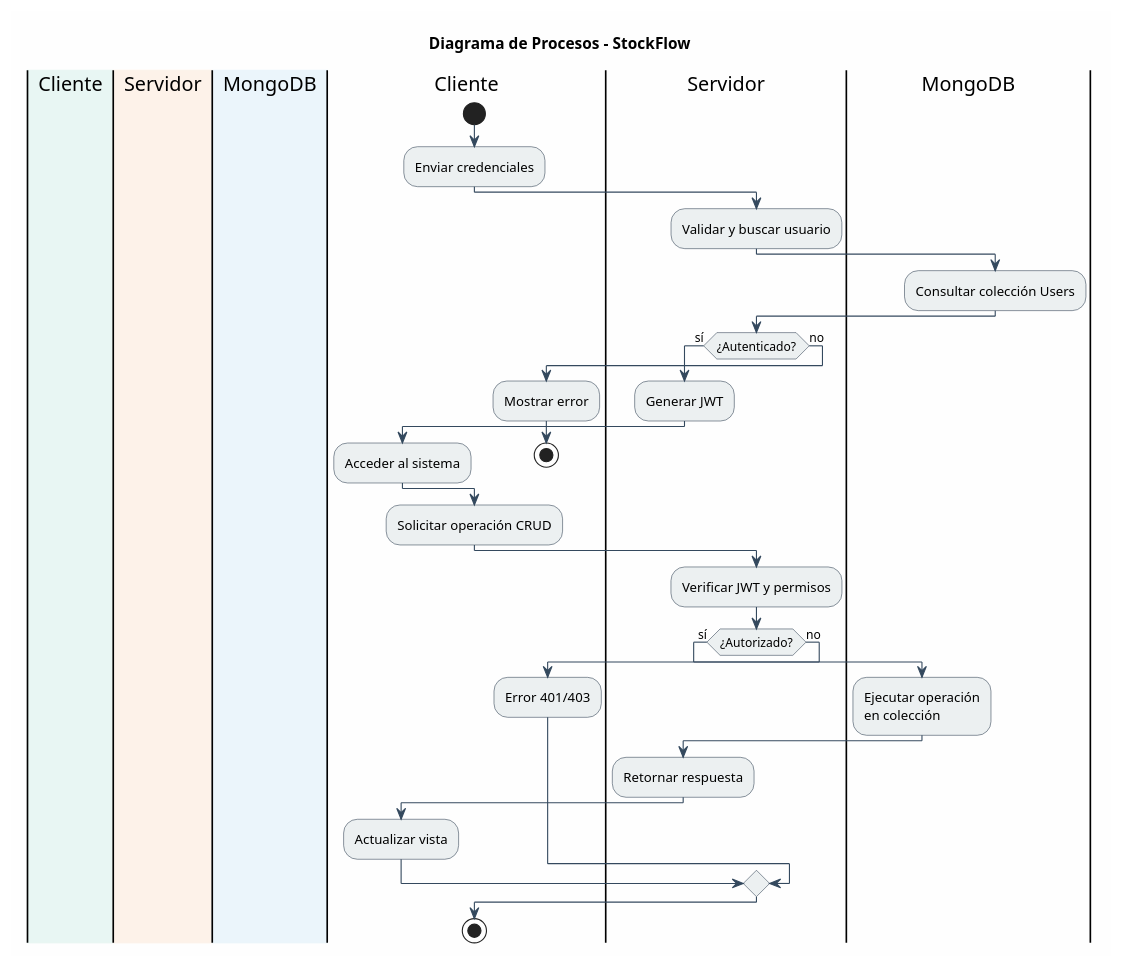
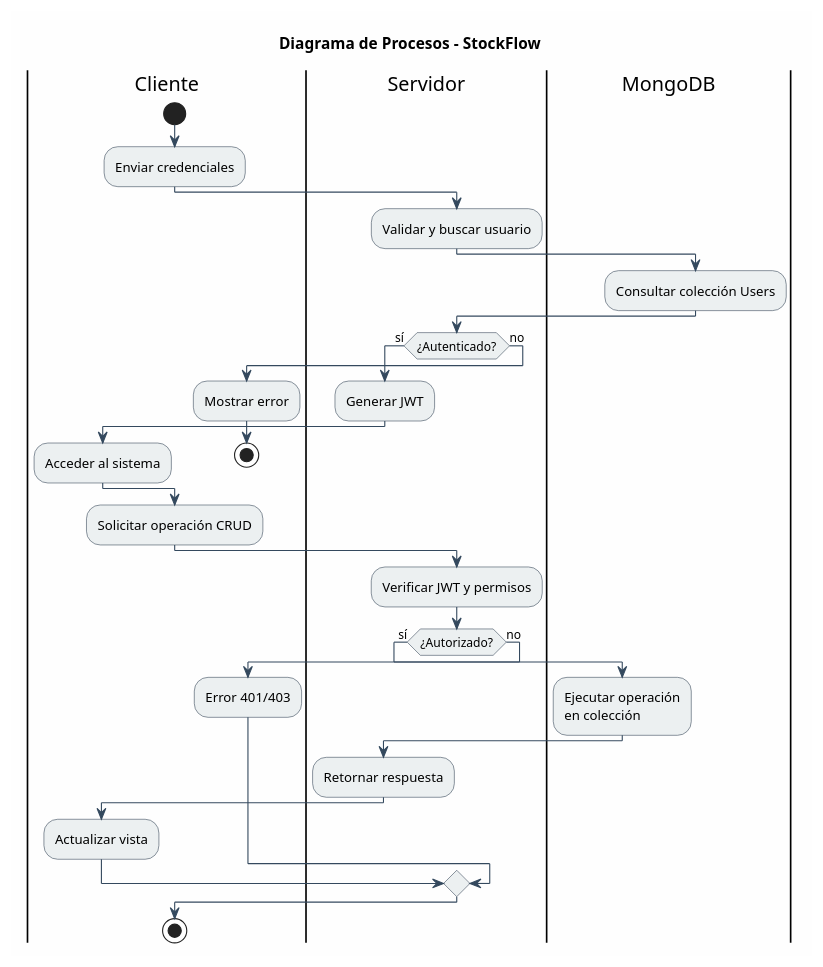
The diagram in docs/diagramas/procesos.puml (JohannCaizaguano/Recuperacion), drawn with PlantUML before and after one commit. The commit also changed 9 other files, not shown here.

```diff
--- a/docs/diagramas/procesos.puml
+++ b/docs/diagramas/procesos.puml
@@ -1,63 +1,60 @@
 @startuml Diagrama de Procesos - StockFlow
 
 skinparam backgroundColor #FEFEFE
 skinparam activityBackgroundColor #ECF0F1
 skinparam activityBorderColor #2C3E50
 skinparam arrowColor #34495E
 
 title Diagrama de Procesos - StockFlow
 
-|#E8F6F3| Cliente |
-|#FDF2E9| Servidor |
-|#EBF5FB| MongoDB |
 
 ' ==========================================
 ' PROCESO DE AUTENTICACIÓN
 ' ==========================================
 |Cliente|
 start
 :Enviar credenciales;
 
 |Servidor|
 :Validar y buscar usuario;
 
 |MongoDB|
 :Consultar colección Users;
 
 |Servidor|
 if (¿Autenticado?) then (sí)
     :Generar JWT;
     |Cliente|
     :Acceder al sistema;
 else (no)
     |Cliente|
     :Mostrar error;
     stop
 endif
 
 ' ==========================================
 ' PROCESO CRUD (Productos/Inventario)
 ' ==========================================
 |Cliente|
 :Solicitar operación CRUD;
 
 |Servidor|
 :Verificar JWT y permisos;
 
 if (¿Autorizado?) then (sí)
     |MongoDB|
     :Ejecutar operación\nen colección;
     
     |Servidor|
     :Retornar respuesta;
     
     |Cliente|
     :Actualizar vista;
 else (no)
     |Cliente|
     :Error 401/403;
 endif
 
 stop
 
 @enduml
```
